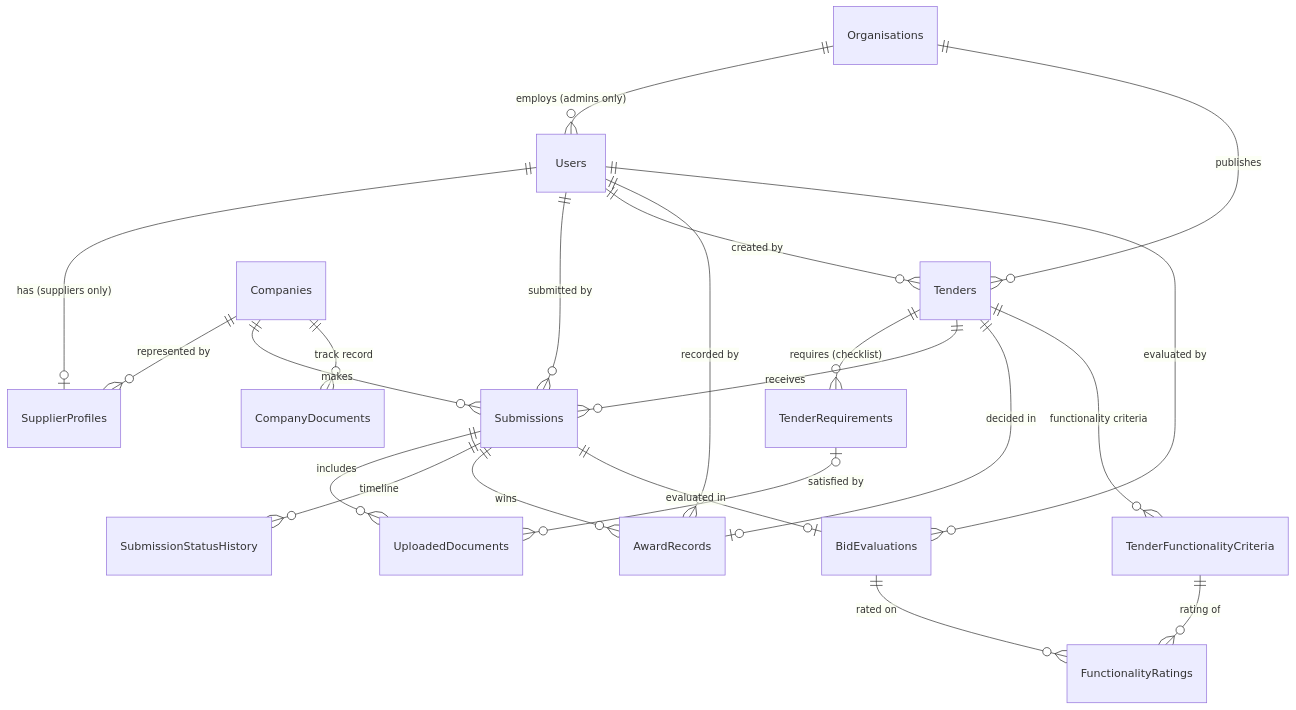
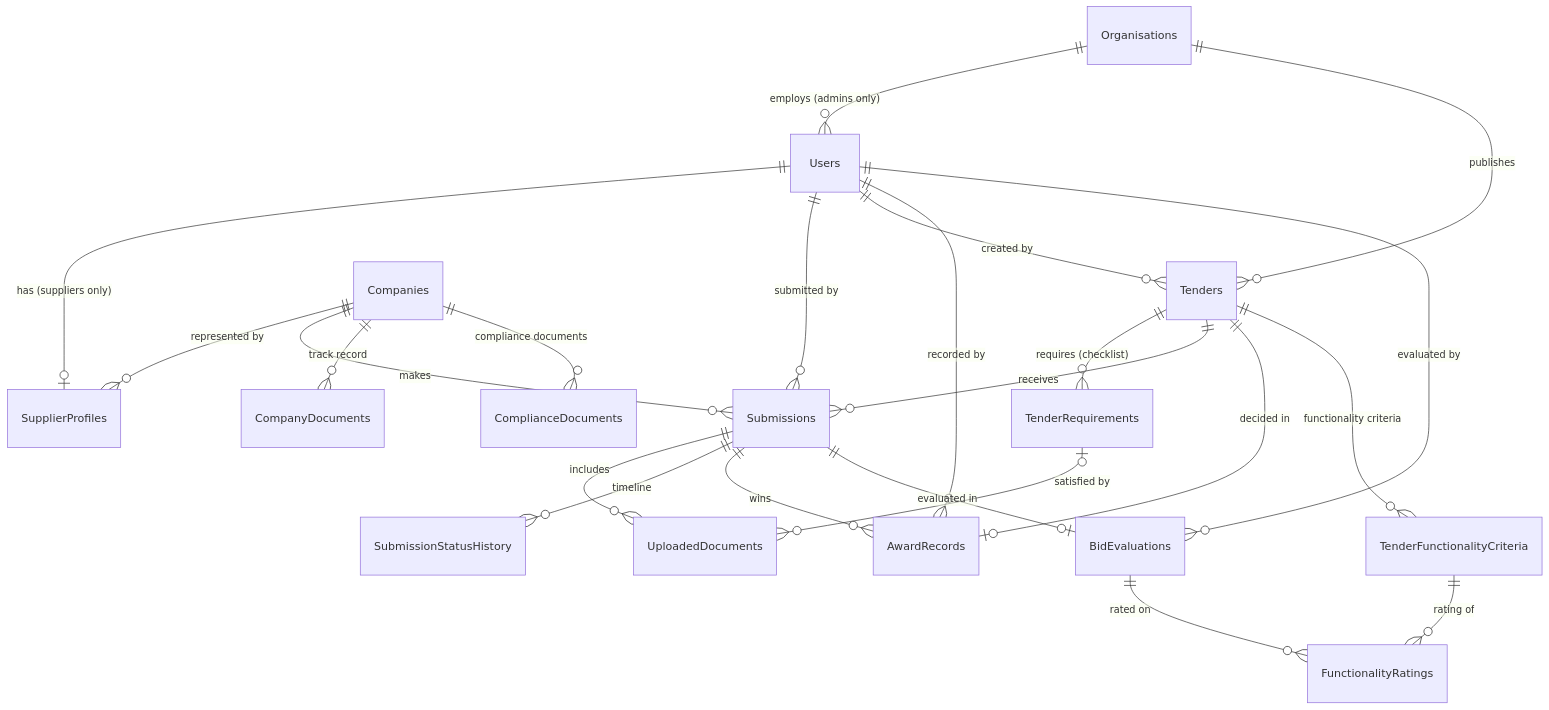
One commit to AneleYolanda/EProcure changed the diagram in docs/DATA_MODEL.md. Above: the diagram before and after it, drawn with Mermaid. The commit also changed other lines of this file and 40 other files, not shown here.

First line of the commit message:
feat: technical proposal on the checklist; compliance documents with validity rules, expiry reminders and reuse in bids

````diff
--- a/docs/DATA_MODEL.md
+++ b/docs/DATA_MODEL.md
@@ -19,24 +20,25 @@
 ```mermaid
 erDiagram
     Organisations ||--o{ Users : "employs (admins only)"
     Organisations ||--o{ Tenders : "publishes"
     Users ||--o| SupplierProfiles : "has (suppliers only)"
     Companies ||--o{ SupplierProfiles : "represented by"
     Tenders ||--o{ TenderRequirements : "requires (checklist)"
     Tenders ||--o{ Submissions : "receives"
     Companies ||--o{ Submissions : "makes"
     Users ||--o{ Submissions : "submitted by"
     Submissions ||--o{ UploadedDocuments : "includes"
     TenderRequirements |o--o{ UploadedDocuments : "satisfied by"
     Submissions ||--o{ SubmissionStatusHistory : "timeline"
     Tenders ||--o| AwardRecords : "decided in"
     Submissions ||--o{ AwardRecords : "wins"
     Users ||--o{ Tenders : "created by"
     Users ||--o{ AwardRecords : "recorded by"
     Submissions ||--o| BidEvaluations : "evaluated in"
     Users ||--o{ BidEvaluations : "evaluated by"
     Companies ||--o{ CompanyDocuments : "track record"
+    Companies ||--o{ ComplianceDocuments : "compliance documents"
     Tenders ||--o{ TenderFunctionalityCriteria : "functionality criteria"
     BidEvaluations ||--o{ FunctionalityRatings : "rated on"
     TenderFunctionalityCriteria ||--o{ FunctionalityRatings : "rating of"
 ```
````
